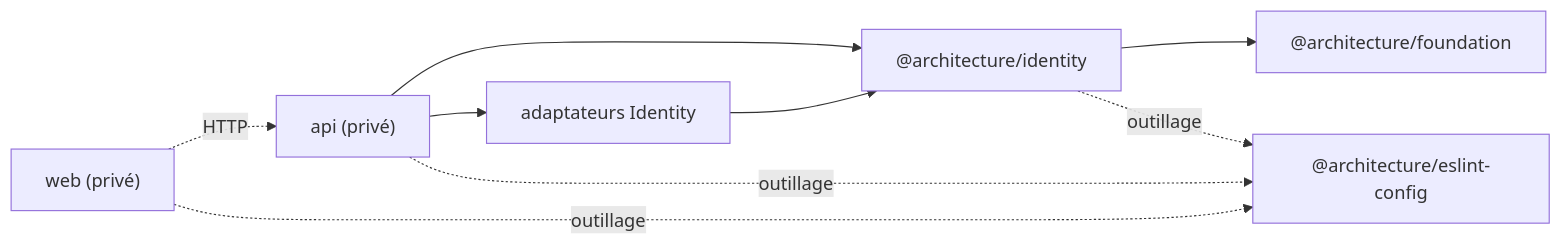
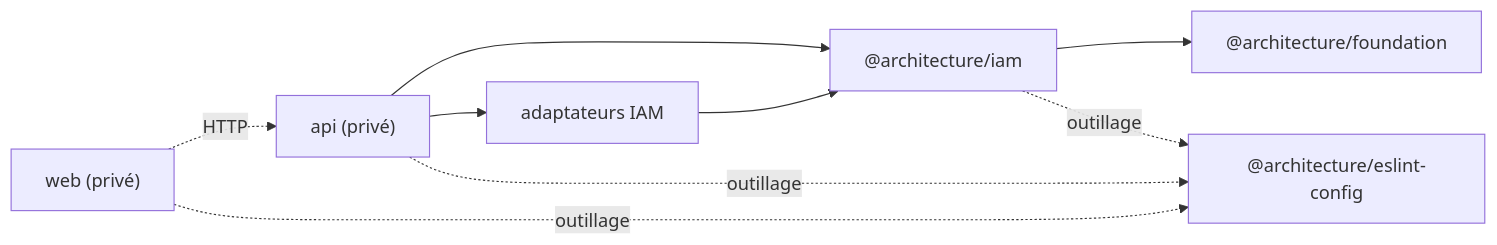
Before and after one commit to Oxelio/architecture-web: the diagram in docs/fr/architecture/packages.md, drawn with Mermaid. The commit also changed other lines of this file and 506 other files, not shown here.

````diff
--- a/docs/fr/architecture/packages.md
+++ b/docs/fr/architecture/packages.md
@@ -5,18 +5,18 @@
 ```mermaid
 flowchart LR
     foundation["@architecture/foundation"]
-    identity["@architecture/identity"]
-    adapters["adaptateurs Identity"]
+    iam["@architecture/iam"]
+    adapters["adaptateurs IAM"]
     api["api (privé)"]
     web["web (privé)"]
     lint["@architecture/eslint-config"]
 
-    identity --> foundation
-    adapters --> identity
-    api --> identity
+    iam --> foundation
+    adapters --> iam
+    api --> iam
     api --> adapters
     web -. HTTP .-> api
     api -. outillage .-> lint
     web -. outillage .-> lint
-    identity -. outillage .-> lint
+    iam -. outillage .-> lint
 ```
````
